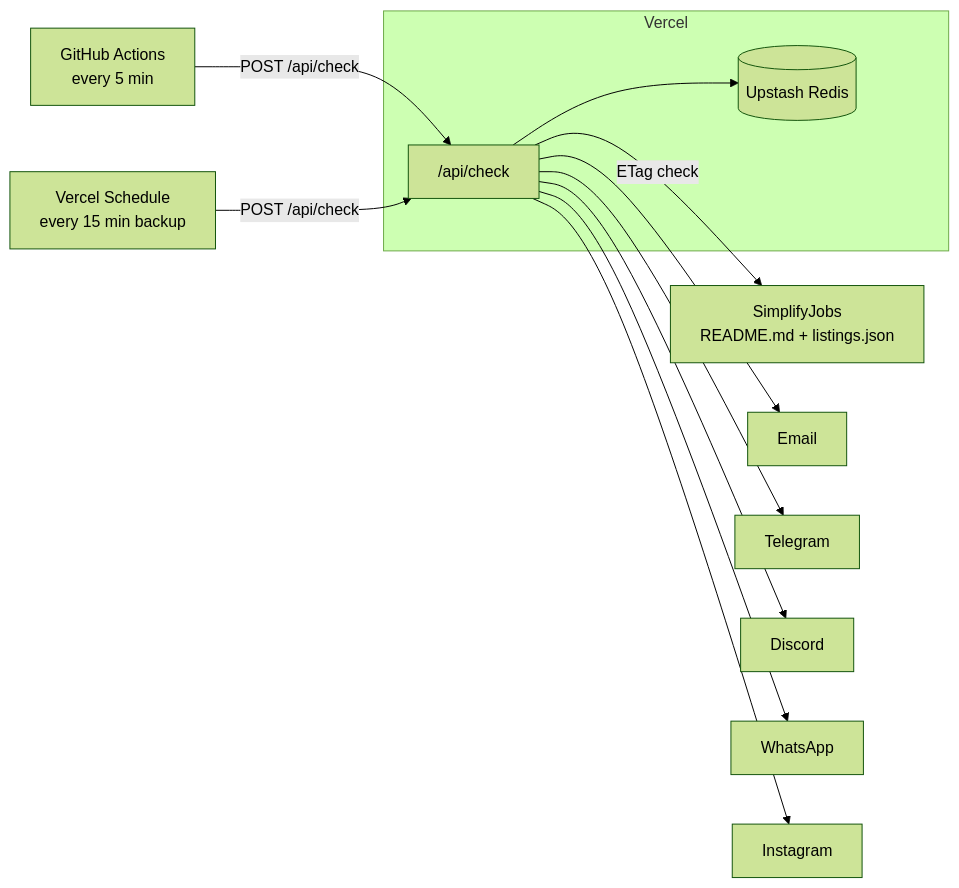
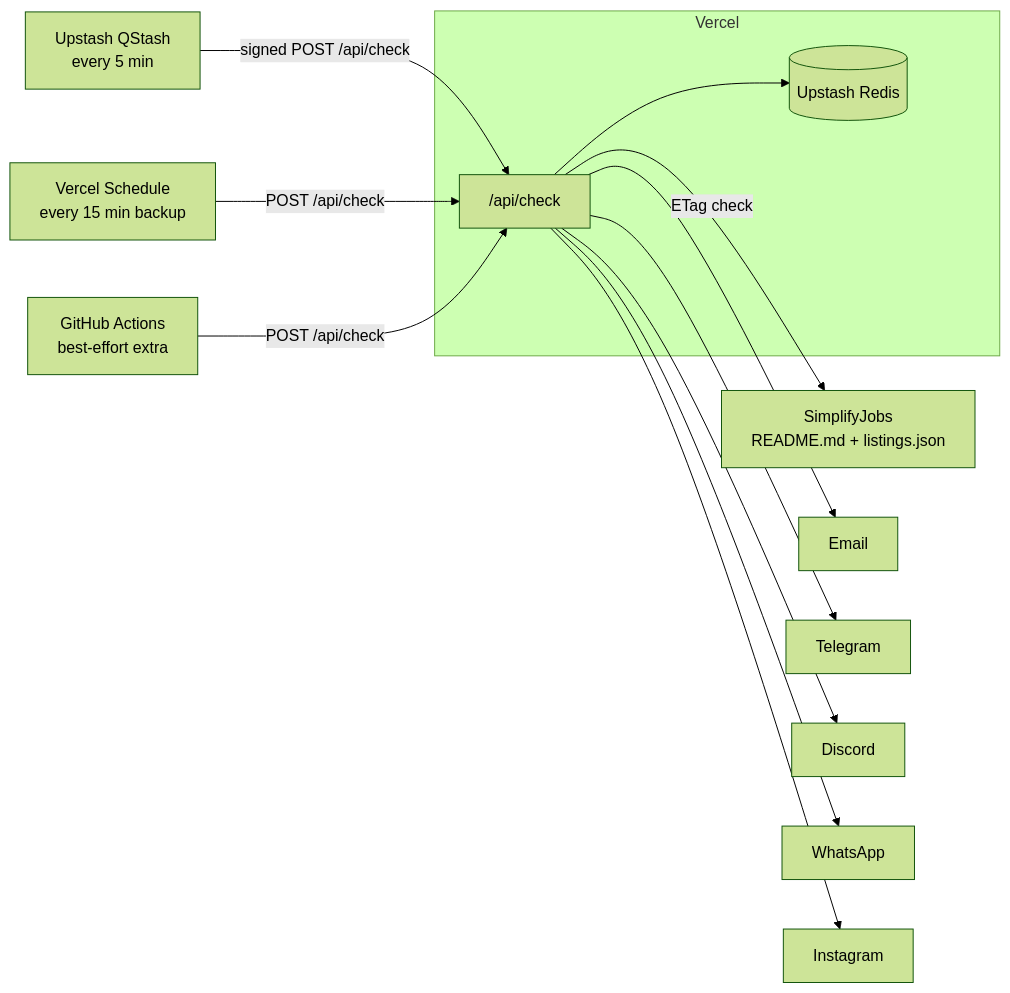
Before and after one commit to kalk-ak/internship-radar: the diagram in README.md, drawn with Mermaid (forest theme). The commit also changed other lines of this file and 12 other files, not shown here.

First line of the commit message:
Reliable 5-minute checks via Upstash QStash; smoother email setup

````diff
--- a/README.md
+++ b/README.md
@@ -32,14 +32,15 @@
 ```mermaid
 flowchart LR
-  GH["GitHub Actions<br/>every 5 min"] -->|POST /api/check| API
+  QS["Upstash QStash<br/>every 5 min"] -->|signed POST /api/check| API
   VS["Vercel Schedule<br/>every 15 min backup"] -->|POST /api/check| API
+  GH["GitHub Actions<br/>best-effort extra"] -->|POST /api/check| API
   subgraph Vercel
     API["/api/check"] --> R[(Upstash Redis)]
   end
   API -->|ETag check| S["SimplifyJobs<br/>README.md + listings.json"]
   API --> E[Email]
   API --> T[Telegram]
   API --> D[Discord]
   API --> W[WhatsApp]
   API --> I[Instagram]
 ```
````
